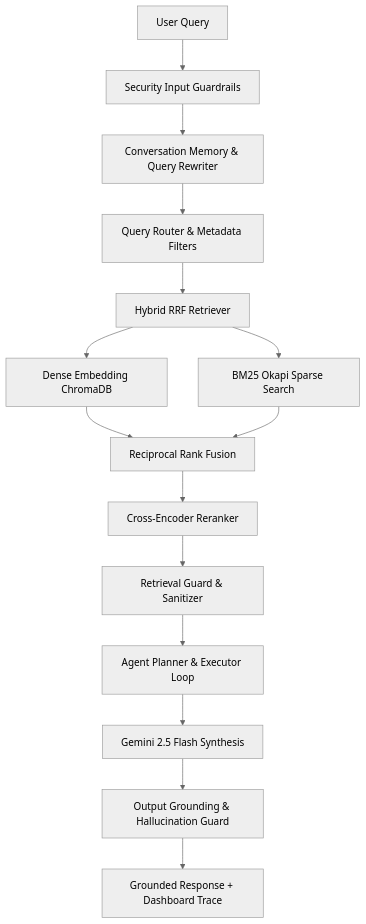
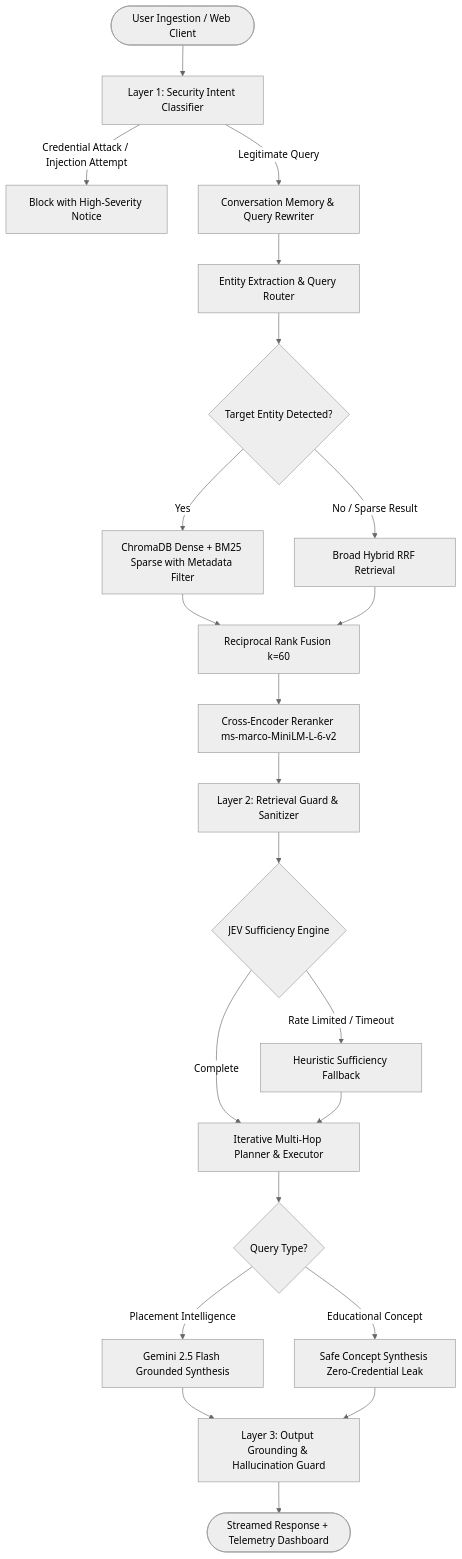
Before and after one commit to Snigdha-Gayathri/Placement-RAG-Agent: the diagram in README.md, drawn with Mermaid (neutral theme). The commit also changed other lines of this file and 5 other files, not shown here.

Commit message:
docs: comprehensive production README with architecture, real eval metrics, and security overview

````diff
--- a/README.md
+++ b/README.md
@@ -9,17 +46,33 @@
 ```mermaid
-graph TD
-    UserQuery[User Query] --> SecInput[Security Input Guardrails]
-    SecInput --> ConvMem[Conversation Memory & Query Rewriter]
-    ConvMem --> Router[Query Router & Metadata Filters]
-    Router --> Hybrid[Hybrid RRF Retriever]
-    Hybrid --> Dense[Dense Embedding ChromaDB]
-    Hybrid --> BM25[BM25 Okapi Sparse Search]
-    Dense --> RRF[Reciprocal Rank Fusion]
-    BM25 --> RRF
-    RRF --> Reranker[Cross-Encoder Reranker]
-    Reranker --> SecRet[Retrieval Guard & Sanitizer]
-    SecRet --> AgentLoop[Agent Planner & Executor Loop]
-    AgentLoop --> LLM[Gemini 2.5 Flash Synthesis]
-    LLM --> SecOut[Output Grounding & Hallucination Guard]
-    SecOut --> FinalResponse[Grounded Response + Dashboard Trace]
+flowchart TD
+    User([User Ingestion / Web Client]) --> SecIn[Layer 1: Security Intent Classifier]
+    
+    SecIn -- Credential Attack / Injection Attempt --> SecBlock[Block with High-Severity Notice]
+    SecIn -- Legitimate Query --> Memory[Conversation Memory & Query Rewriter]
+    
+    Memory --> EntityRouter[Entity Extraction & Query Router]
+    EntityRouter --> FilterCheck{Target Entity Detected?}
+    
+    FilterCheck -- Yes --> FilteredRetrieval[ChromaDB Dense + BM25 Sparse with Metadata Filter]
+    FilterCheck -- No / Sparse Result --> FallbackRetrieval[Broad Hybrid RRF Retrieval]
+    
+    FilteredRetrieval --> RRF[Reciprocal Rank Fusion k=60]
+    FallbackRetrieval --> RRF
+    
+    RRF --> CrossEncoder[Cross-Encoder Reranker ms-marco-MiniLM-L-6-v2]
+    CrossEncoder --> RetrievalGuard[Layer 2: Retrieval Guard & Sanitizer]
+    
+    RetrievalGuard --> JEVCheck{JEV Sufficiency Engine}
+    JEVCheck -- Rate Limited / Timeout --> JEVFallback[Heuristic Sufficiency Fallback]
+    JEVCheck -- Complete --> AgentLoop[Iterative Multi-Hop Planner & Executor]
+    JEVFallback --> AgentLoop
+    
+    AgentLoop --> SynthRouter{Query Type?}
+    SynthRouter -- Placement Intelligence --> GroundedSynth[Gemini 2.5 Flash Grounded Synthesis]
+    SynthRouter -- Educational Concept --> EduSynth[Safe Concept Synthesis Zero-Credential Leak]
+    
+    GroundedSynth --> GroundingGuard[Layer 3: Output Grounding & Hallucination Guard]
+    EduSynth --> GroundingGuard
+    
+    GroundingGuard --> ResponseStream([Streamed Response + Telemetry Dashboard])
 ```
````
